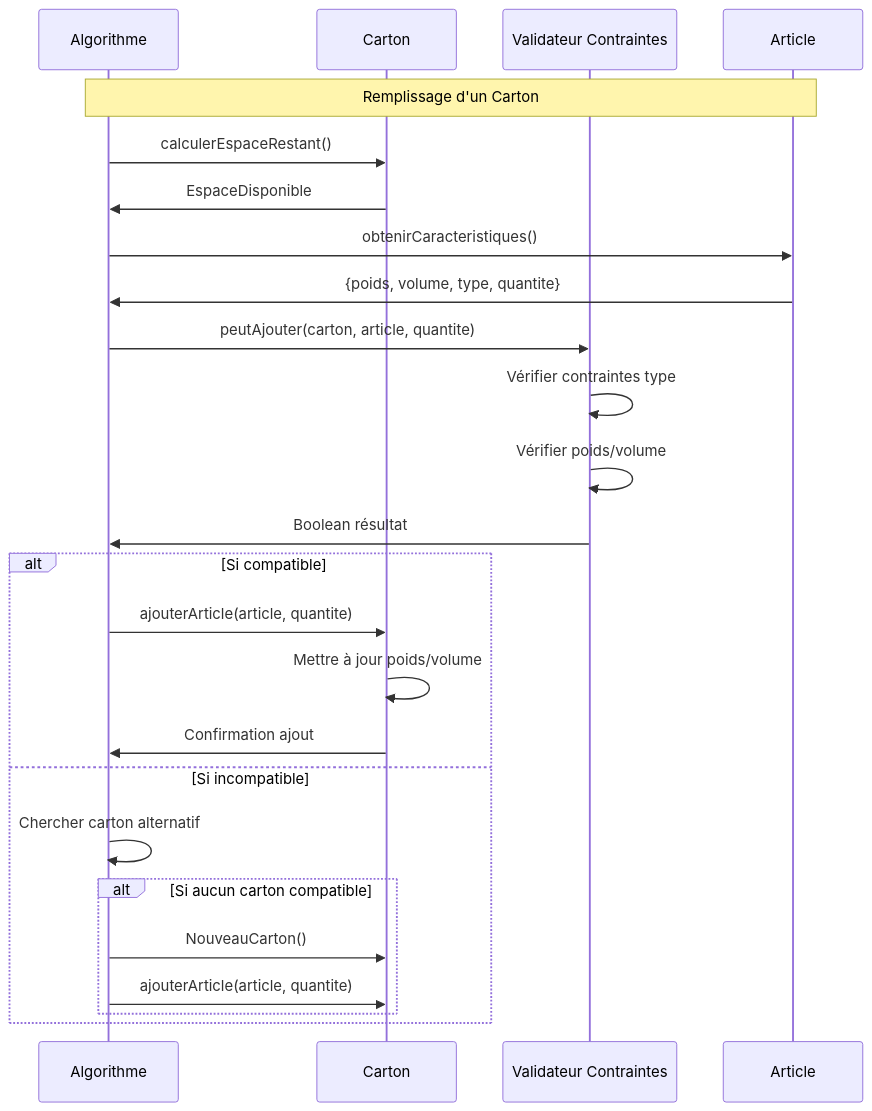
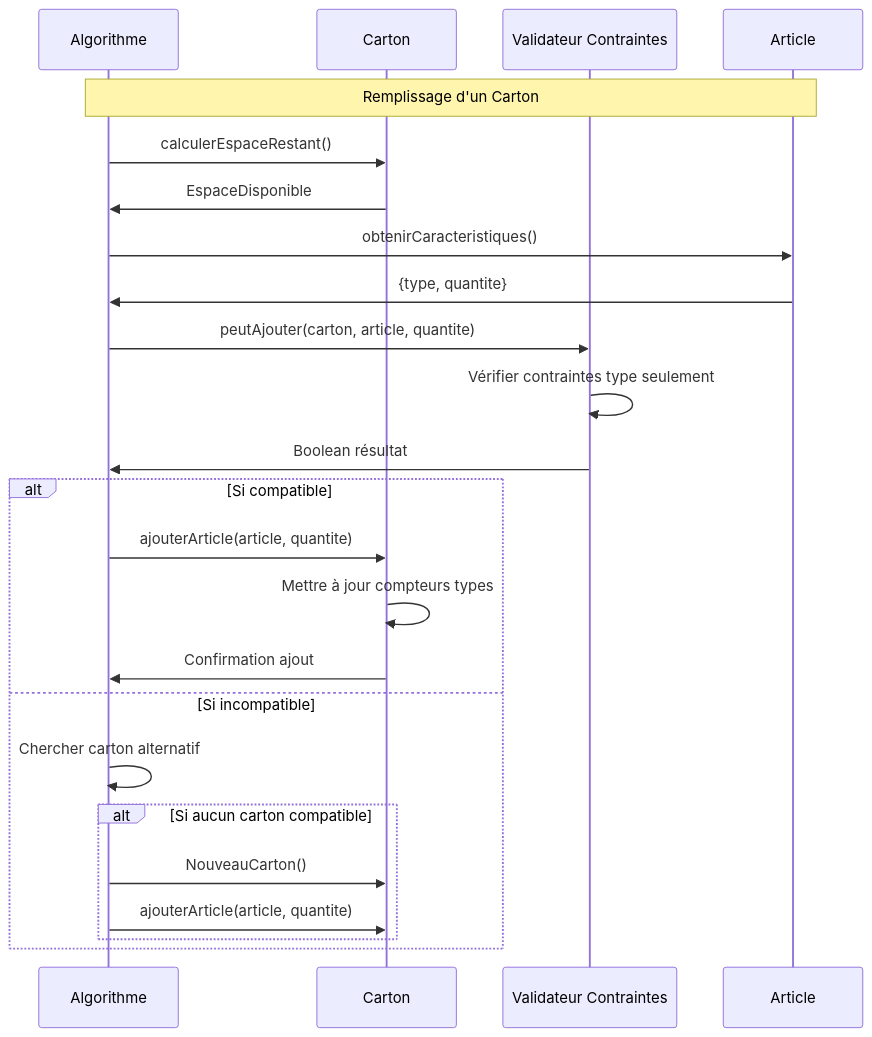
Before and after one commit to Singularity-Institute/PTL-r-appro-: the fifth of 10 diagrams in algorithme_knapsack_modifie_criticite.md, drawn with Mermaid. The commit also changed other lines of this file, not shown here.

````diff
--- a/algorithme_knapsack_modifie_criticite.md
+++ b/algorithme_knapsack_modifie_criticite.md
@@ -251,32 +245,31 @@
 ```mermaid
 sequenceDiagram
     participant Algo as Algorithme
     participant Carton as Carton
     participant Constraint as Validateur Contraintes
     participant Article as Article
     
     Note over Algo,Article: Remplissage d'un Carton
     
     Algo->>Carton: calculerEspaceRestant()
     Carton->>Algo: EspaceDisponible
     
     Algo->>Article: obtenirCaracteristiques()
-    Article->>Algo: {poids, volume, type, quantite}
+    Article->>Algo: {type, quantite}
     
     Algo->>Constraint: peutAjouter(carton, article, quantite)
-    Constraint->>Constraint: Vérifier contraintes type
-    Constraint->>Constraint: Vérifier poids/volume
+    Constraint->>Constraint: Vérifier contraintes type seulement
     Constraint->>Algo: Boolean résultat
     
     alt Si compatible
         Algo->>Carton: ajouterArticle(article, quantite)
-        Carton->>Carton: Mettre à jour poids/volume
+        Carton->>Carton: Mettre à jour compteurs types
         Carton->>Algo: Confirmation ajout
     else Si incompatible
         Algo->>Algo: Chercher carton alternatif
         alt Si aucun carton compatible
             Algo->>Carton: NouveauCarton()
             Algo->>Carton: ajouterArticle(article, quantite)
         end
     end
 ```
````
